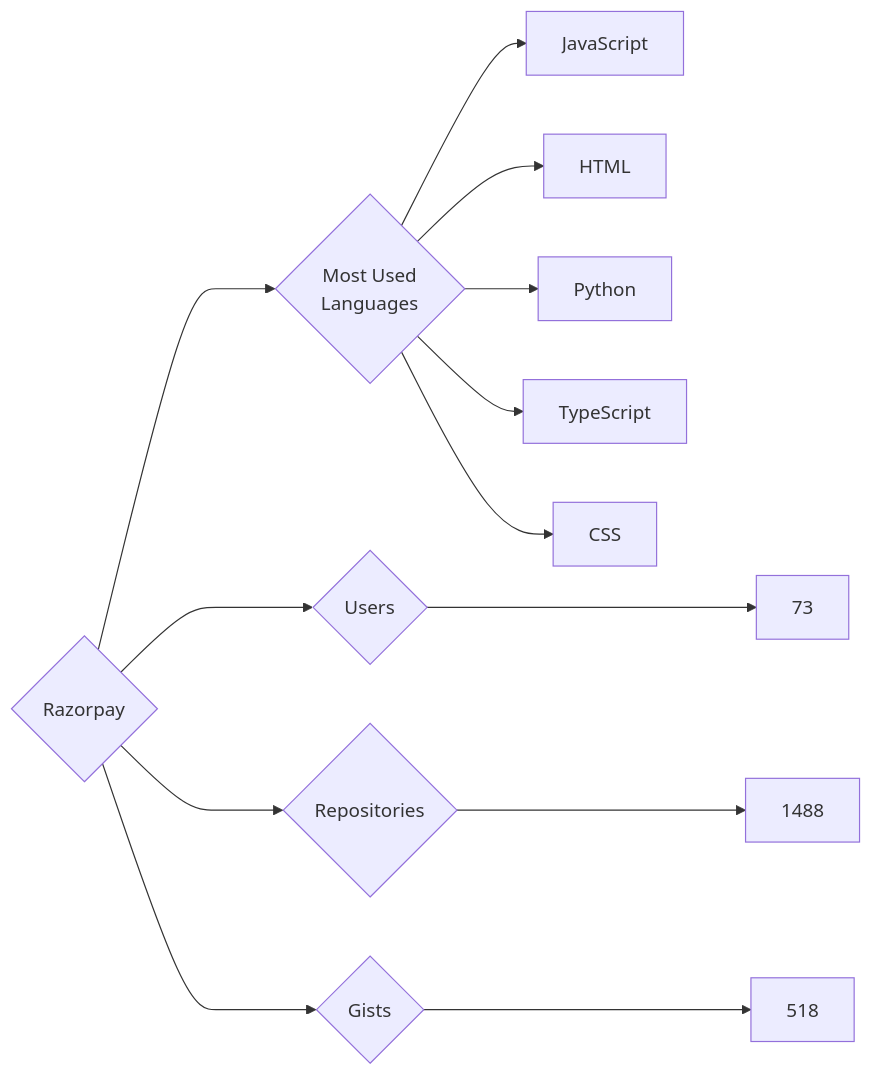
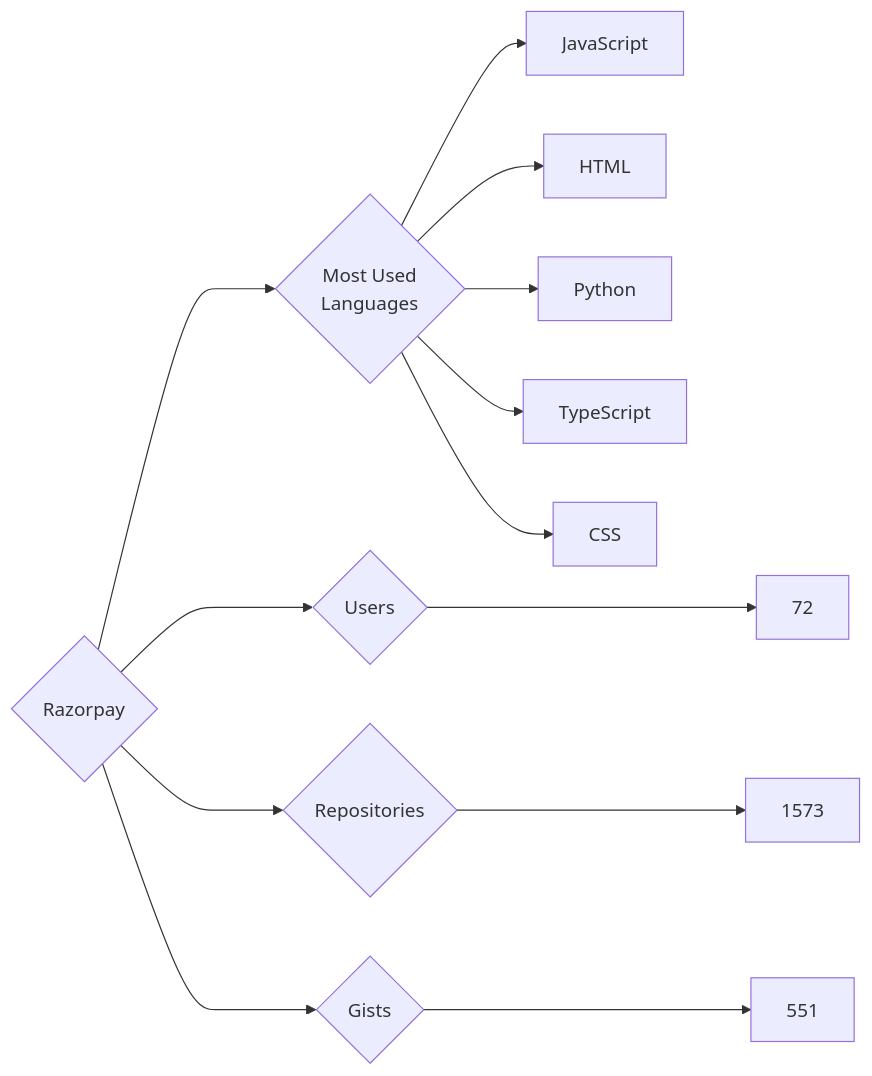
Before and after one commit to trickest/insiders: the diagram in targets/Razorpay/README.md, drawn with Mermaid. The commit also changed 794 other files, not shown here.

````diff
--- a/targets/Razorpay/README.md
+++ b/targets/Razorpay/README.md
@@ -3,13 +3,13 @@
 ```mermaid
 graph LR
 COMPANY_NAME{Razorpay}
-COMPANY_NAME ---> U{Users} ---> UN[73]
-COMPANY_NAME ---> R{Repositories} ---> RN[1488]
-COMPANY_NAME ---> G{Gists} ---> GN[518]
+COMPANY_NAME ---> U{Users} ---> UN[72]
+COMPANY_NAME ---> R{Repositories} ---> RN[1573]
+COMPANY_NAME ---> G{Gists} ---> GN[551]
 COMPANY_NAME ---> ML{Most Used<br>Languages}
 ML --> JavaScript[JavaScript]
 ML --> HTML[HTML]
 ML --> Python[Python]
 ML --> TypeScript[TypeScript]
 ML --> CSS[CSS]
 ```
````
